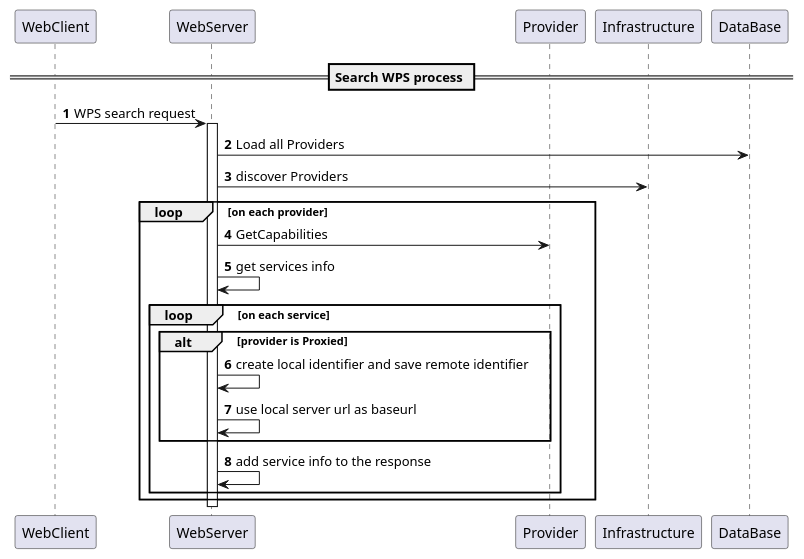
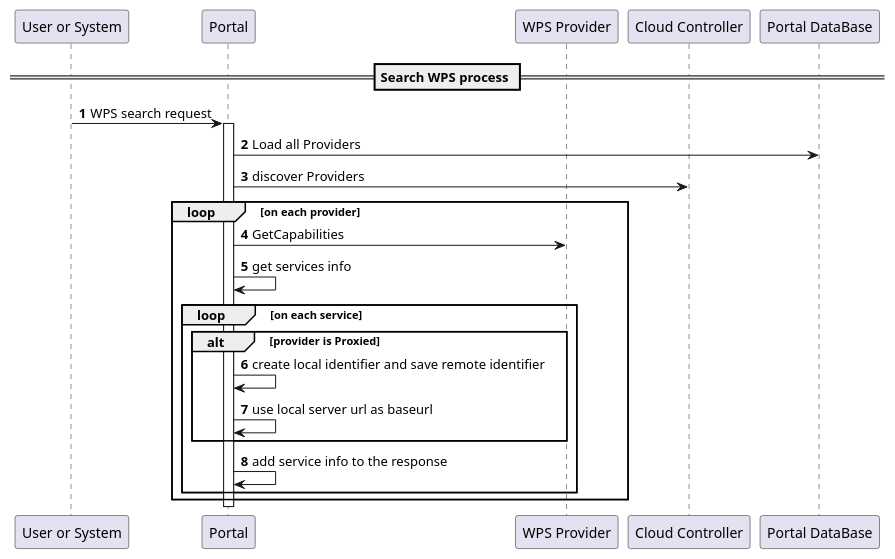
The fifth of 6 diagrams in source/groups/group___core_w_p_s.rst (urban-tep/DDF-SDD), drawn with PlantUML before and after one commit. The commit also changed other lines of this file and 23 other files, not shown here.

```diff
--- a/source/groups/group___core_w_p_s.rst
+++ b/source/groups/group___core_w_p_s.rst
@@ -171,31 +171,31 @@
 .. uml::
 	:caption: WPS Service Analysis Sequence Diagram - Search WPS process
 	:align: center
 
 
-	participant "WebClient" as WC
-	participant "WebServer" as WS
-	participant "Provider" as P
-	participant "Infrastructure" as C
-	participant "DataBase" as DB
+	participant "User or System" as WC
+	participant "Portal" as WS
+	participant "WPS Provider" as P
+	participant "Cloud Controller" as C
+	participant "Portal DataBase" as DB
 	
 	autonumber
 	
 	== Search WPS process ==
 	
 	WC -> WS: WPS search request
 	activate WS
 	WS -> DB: Load all Providers
 	WS -> C: discover Providers
 	loop on each provider
 	    WS -> P: GetCapabilities
 	    WS -> WS: get services info
 	    loop on each service
 	        alt provider is Proxied
 	            WS -> WS: create local identifier and save remote identifier
 	            WS -> WS: use local server url as baseurl
 	        end
 	        WS -> WS: add service info to the response
 	    end
 	end
 	deactivate WS
```
